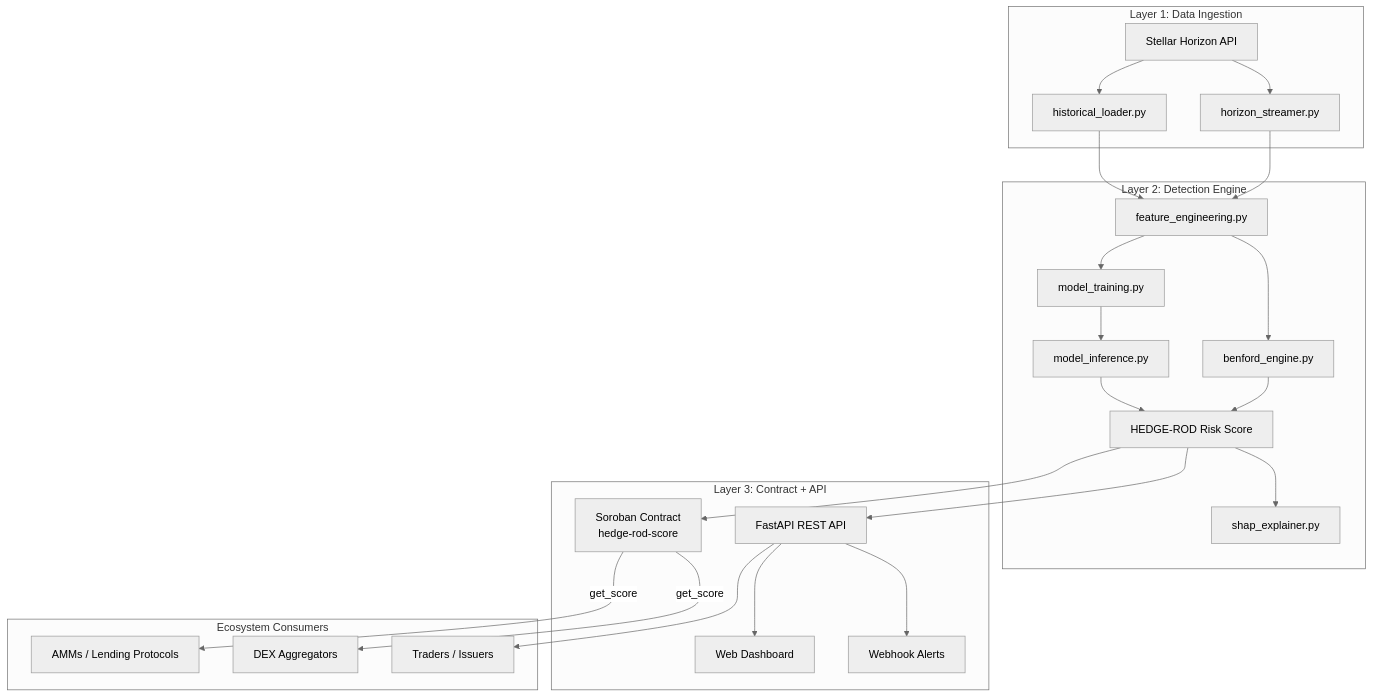
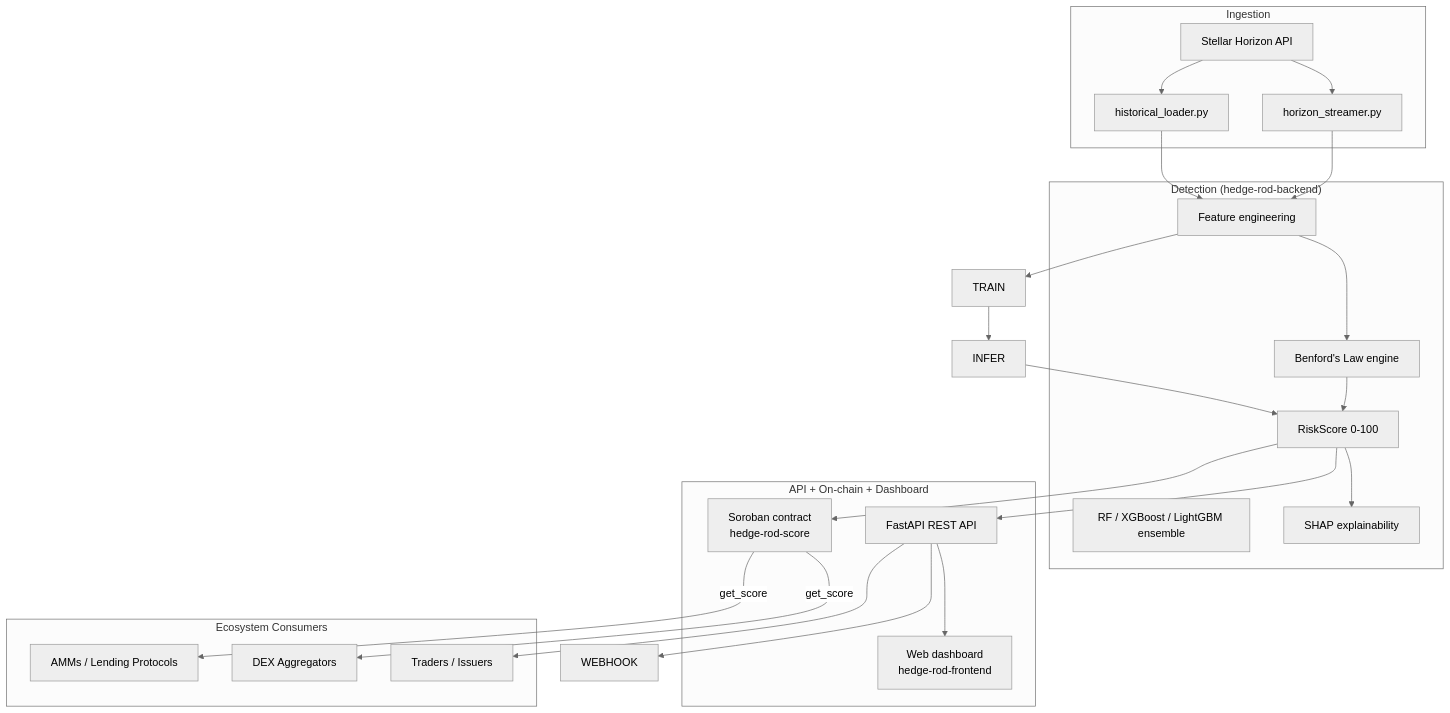
One commit to HEDGE-ROD/.github changed the diagram in profile/README.md. Above: the diagram before and after it, drawn with Mermaid (neutral theme). The commit also changed other lines of this file, not shown here.

````diff
--- a/profile/README.md
+++ b/profile/README.md
@@ -103,48 +55,46 @@
 ```mermaid
 graph TB
-    subgraph Ingestion["Layer 1: Data Ingestion"]
+    subgraph Ingestion["Ingestion"]
         HOR[Stellar Horizon API]
         STREAM[horizon_streamer.py]
         HIST[historical_loader.py]
     end
 
-    subgraph Detection["Layer 2: Detection Engine"]
-        BENF[benford_engine.py]
-        FEAT[feature_engineering.py]
-        TRAIN[model_training.py]
-        INFER[model_inference.py]
-        SHAP[shap_explainer.py]
-        SCORE[HEDGE-ROD Risk Score]
+    subgraph Detection["Detection (hedge-rod-backend)"]
+        BENF[Benford's Law engine]
+        FEAT[Feature engineering]
+        ML[RF / XGBoost / LightGBM ensemble]
+        SHAP[SHAP explainability]
+        SCORE[RiskScore 0-100]
     end
 
-    subgraph Output["Layer 3: Contract + API"]
-        CONTRACT[Soroban Contract\nhedge-rod-score]
+    subgraph Output["API + On-chain + Dashboard"]
         API[FastAPI REST API]
-        DASH[Web Dashboard]
-        WEBHOOK[Webhook Alerts]
+        CONTRACT[Soroban contract\nhedge-rod-score]
+        DASH[Web dashboard\nhedge-rod-frontend]
     end
 
     subgraph Consumers["Ecosystem Consumers"]
         AMM[AMMs / Lending Protocols]
         AGG[DEX Aggregators]
         USERS[Traders / Issuers]
     end
 
     HOR --> STREAM
     HOR --> HIST
     STREAM --> FEAT
     HIST --> FEAT
     FEAT --> BENF
     FEAT --> TRAIN
     TRAIN --> INFER
     BENF --> SCORE
     INFER --> SCORE
     SCORE --> SHAP
     SCORE --> CONTRACT
     SCORE --> API
     API --> DASH
     API --> WEBHOOK
     CONTRACT -->|get_score| AMM
     CONTRACT -->|get_score| AGG
     API --> USERS
 ```
````
